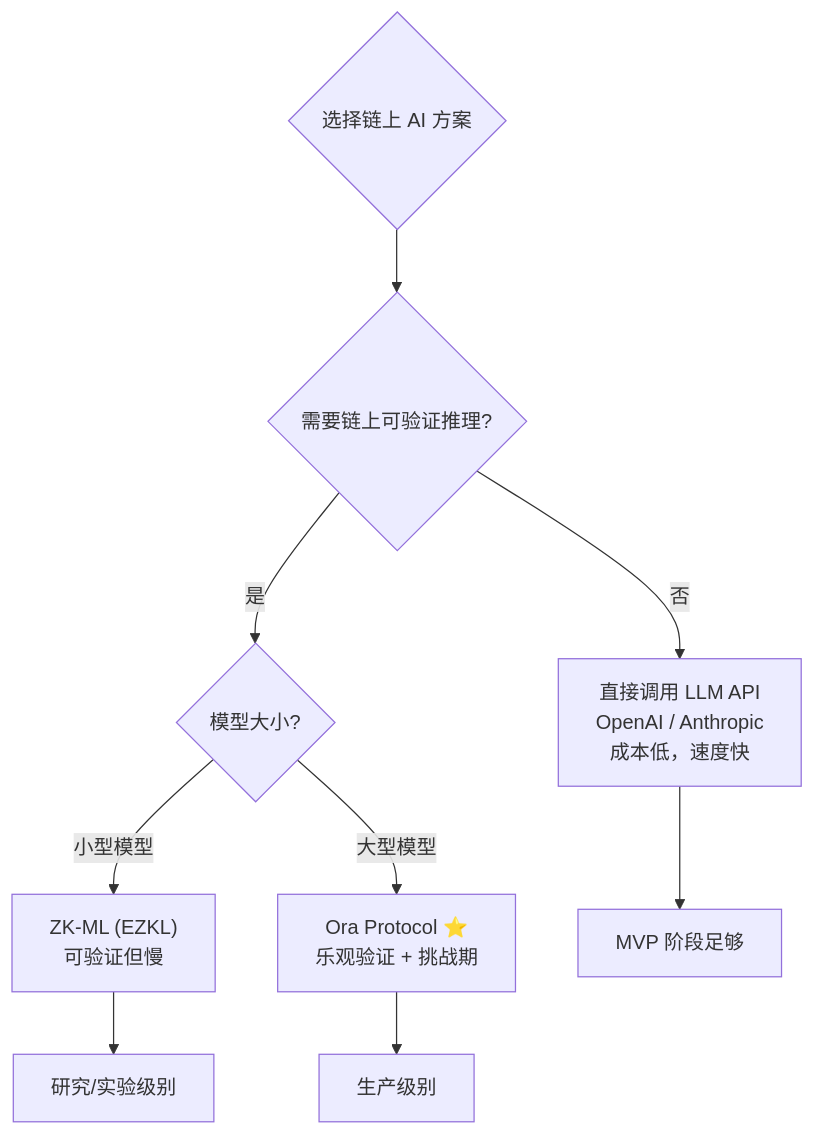
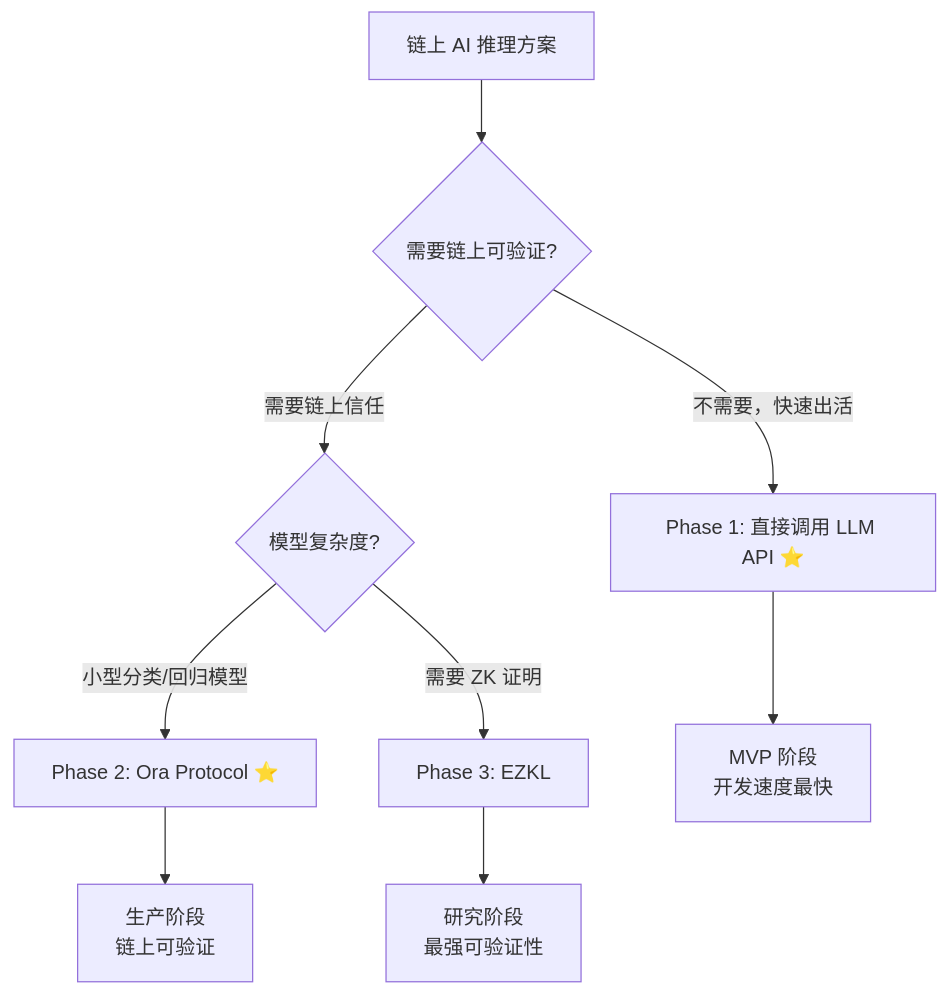
Before and after one commit to Silence-dream/ai-web3-school-cohort-0: the sixth of 8 diagrams in daily/2026-05-31-tech-stack-decision.md, drawn with Mermaid. The commit also changed other lines of this file, not shown here.

````diff
--- a/daily/2026-05-31-tech-stack-decision.md
+++ b/daily/2026-05-31-tech-stack-decision.md
@@ -159,14 +737,14 @@
 ```mermaid
 flowchart TD
-    Start{选择链上 AI 方案} --> Q1{需要链上可验证推理?}
+    Start["链上 AI 推理方案"] --> Q1{"需要链上可验证?"}
 
-    Q1 -->|是| Q2{模型大小?}
-    Q1 -->|否| DirectAPI["直接调用 LLM API<br/>OpenAI / Anthropic<br/>成本低，速度快"]
+    Q1 -->|"不需要，快速出活"| API["Phase 1: 直接调用 LLM API ⭐"]
+    Q1 -->|"需要链上信任"| Q2{"模型复杂度?"}
 
-    Q2 -->|小型模型| ZKML["ZK-ML (EZKL)<br/>可验证但慢"]
-    Q2 -->|大型模型| Ora["Ora Protocol ⭐<br/>乐观验证 + 挑战期"]
+    Q2 -->|"小型分类/回归模型"| Ora["Phase 2: Ora Protocol ⭐"]
+    Q2 -->|"需要 ZK 证明"| EZKL["Phase 3: EZKL"]
 
-    DirectAPI --> MVP["MVP 阶段足够"]
-    Ora --> Production["生产级别"]
-    ZKML --> Research["研究/实验级别"]
+    API --> MVP["MVP 阶段<br/>开发速度最快"]
+    Ora --> Prod["生产阶段<br/>链上可验证"]
+    EZKL --> Research["研究阶段<br/>最强可验证性"]
 ```
````
